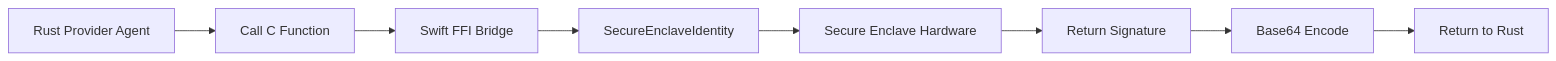
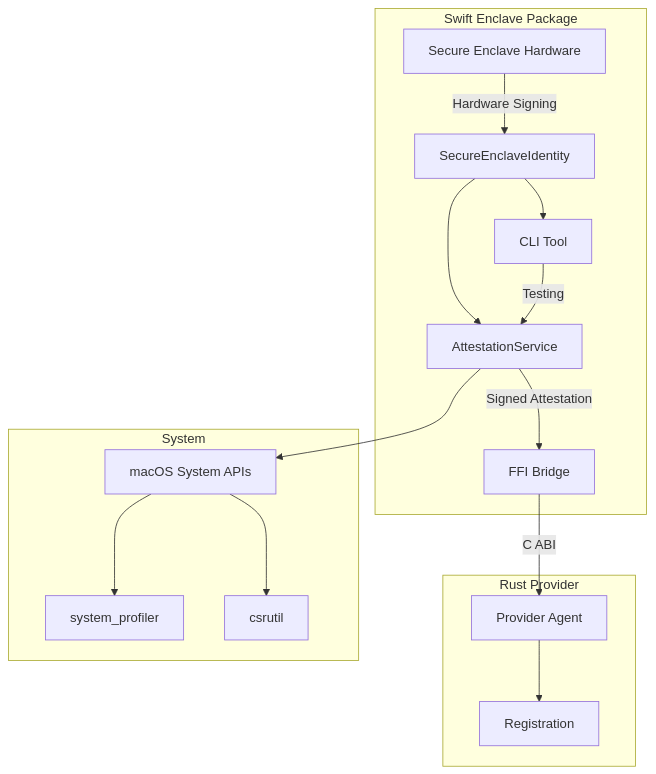
Before and after one commit to researchoors/knowledge-maintenance: the diagram in artifacts/d-inference/service_analyses/EigenInferenceEnclave.md, drawn with Mermaid. The commit also changed other lines of this file and 23 other files, not shown here.

````diff
--- a/artifacts/d-inference/service_analyses/EigenInferenceEnclave.md
+++ b/artifacts/d-inference/service_analyses/EigenInferenceEnclave.md
@@ -87,10 +75,33 @@
 ```mermaid
-graph LR
-    A[Rust Provider Agent] --> B[Call C Function]
-    B --> C[Swift FFI Bridge]
-    C --> D[SecureEnclaveIdentity]
-    D --> E[Secure Enclave Hardware]
-    E --> F[Return Signature]
-    F --> G[Base64 Encode]
-    G --> H[Return to Rust]
+graph TB
+    subgraph "Swift Enclave Package"
+        SE[Secure Enclave Hardware]
+        SEI[SecureEnclaveIdentity]
+        AS[AttestationService]
+        FFI[FFI Bridge]
+        CLI[CLI Tool]
+    end
+    
+    subgraph "Rust Provider"
+        PA[Provider Agent]
+        REG[Registration]
+    end
+    
+    subgraph "System"
+        SYS[macOS System APIs]
+        PROF[system_profiler]
+        CSR[csrutil]
+    end
+    
+    SE -->|Hardware Signing| SEI
+    SEI --> AS
+    AS --> SYS
+    SYS --> PROF
+    SYS --> CSR
+    AS -->|Signed Attestation| FFI
+    FFI -->|C ABI| PA
+    PA --> REG
+    
+    SEI --> CLI
+    CLI -->|Testing| AS
 ```
````
